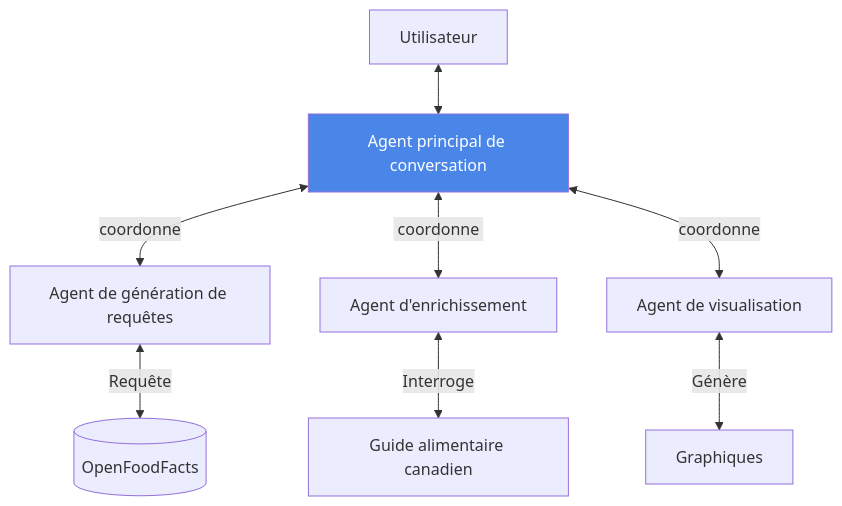
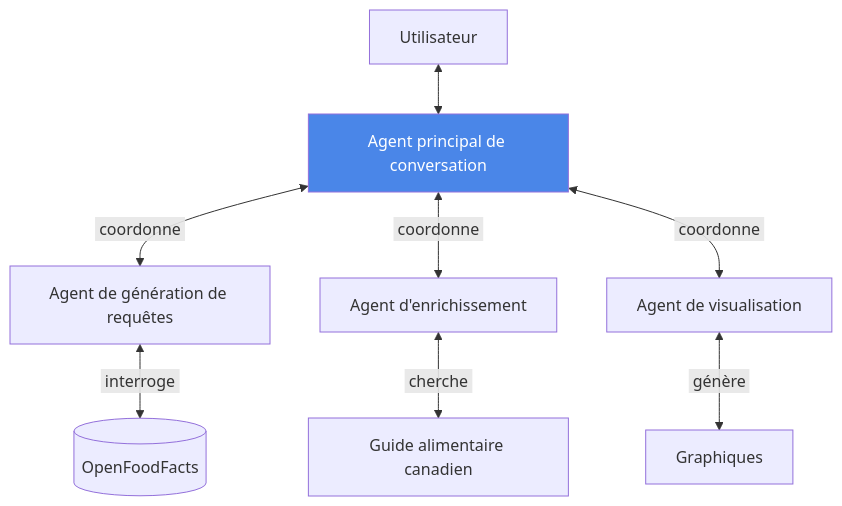
The third of 3 diagrams in docs/markdown/plan.md (boisalai/ift-6005), drawn with Mermaid before and after one commit.

````diff
--- a/docs/markdown/plan.md
+++ b/docs/markdown/plan.md
@@ -105,14 +105,14 @@
 ```mermaid
 graph TD
     U[Utilisateur] <--> MA[Agent principal de conversation]
-    MA <-->| coordonne | A1[Agent de génération de requêtes]
+    MA <-->|&nbsp;coordonne&nbsp;| A1[Agent de génération de requêtes]
     MA <-->|&nbsp;coordonne&nbsp;| A2[Agent d'enrichissement]
-    MA <-->|coordonne| A3[Agent de visualisation]
+    MA <-->|&nbsp;coordonne&nbsp;| A3[Agent de visualisation]
     
-    A1 <-->|Requête| DB[(OpenFoodFacts)]
-    A2 <-->|Interroge| G[Guide alimentaire canadien]
-    A3 <-->|Génère| V[Graphiques]
+    A1 <-->|&nbsp;interroge&nbsp;| DB[(OpenFoodFacts)]
+    A2 <-->|&nbsp;cherche&nbsp;| G[Guide alimentaire canadien]
+    A3 <-->|&nbsp;génère&nbsp;| V[Graphiques]
     
     classDef coord fill:#4a86e8,color:white
     class MA coord
 ```
````
